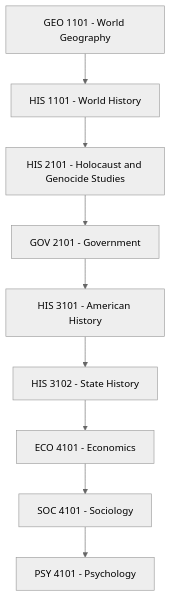
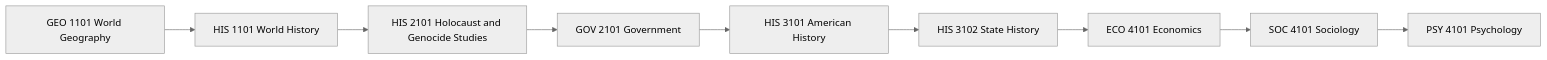
Diagram 11 of 29 in RIAH-PATHWAY-CURRICULUM-STRUCTURE/RIAH-PATHWAY-HIGH-SCHOOL-STRUCTURE/HIGH-SCHOOL-STRUCTURE.md (RIAHPathway/Website-Draft), drawn with Mermaid (neutral theme) before and after one commit. The commit also changed other lines of this file, not shown here.

Commit message:
Match High School Mermaid diagrams to repository working syntax

````diff
--- a/RIAH-PATHWAY-CURRICULUM-STRUCTURE/RIAH-PATHWAY-HIGH-SCHOOL-STRUCTURE/HIGH-SCHOOL-STRUCTURE.md
+++ b/RIAH-PATHWAY-CURRICULUM-STRUCTURE/RIAH-PATHWAY-HIGH-SCHOOL-STRUCTURE/HIGH-SCHOOL-STRUCTURE.md
@@ -563,11 +563,11 @@
 ```mermaid
-graph TD;
-    N0["GEO 1101 - World Geography"] --> N1["HIS 1101 - World History"];
-    N1["HIS 1101 - World History"] --> N2["HIS 2101 - Holocaust and Genocide Studies"];
-    N2["HIS 2101 - Holocaust and Genocide Studies"] --> N3["GOV 2101 - Government"];
-    N3["GOV 2101 - Government"] --> N4["HIS 3101 - American History"];
-    N4["HIS 3101 - American History"] --> N5["HIS 3102 - State History"];
-    N5["HIS 3102 - State History"] --> N6["ECO 4101 - Economics"];
-    N6["ECO 4101 - Economics"] --> N7["SOC 4101 - Sociology"];
-    N7["SOC 4101 - Sociology"] --> N8["PSY 4101 - Psychology"];
+graph LR
+    N0["GEO 1101 World Geography"] --> N1["HIS 1101 World History"]
+    N1["HIS 1101 World History"] --> N2["HIS 2101 Holocaust and Genocide Studies"]
+    N2["HIS 2101 Holocaust and Genocide Studies"] --> N3["GOV 2101 Government"]
+    N3["GOV 2101 Government"] --> N4["HIS 3101 American History"]
+    N4["HIS 3101 American History"] --> N5["HIS 3102 State History"]
+    N5["HIS 3102 State History"] --> N6["ECO 4101 Economics"]
+    N6["ECO 4101 Economics"] --> N7["SOC 4101 Sociology"]
+    N7["SOC 4101 Sociology"] --> N8["PSY 4101 Psychology"]
 ```
````
